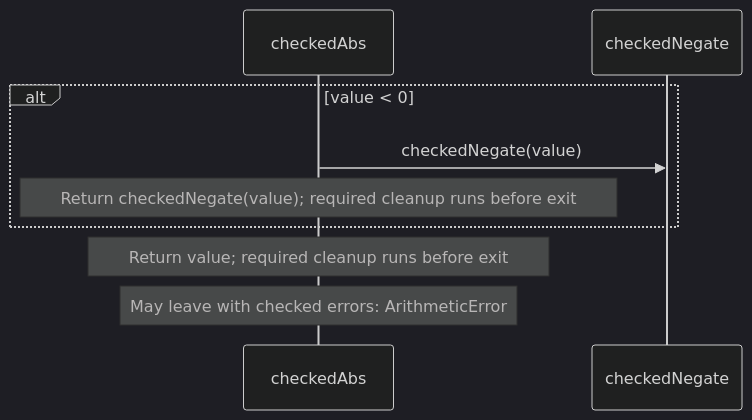
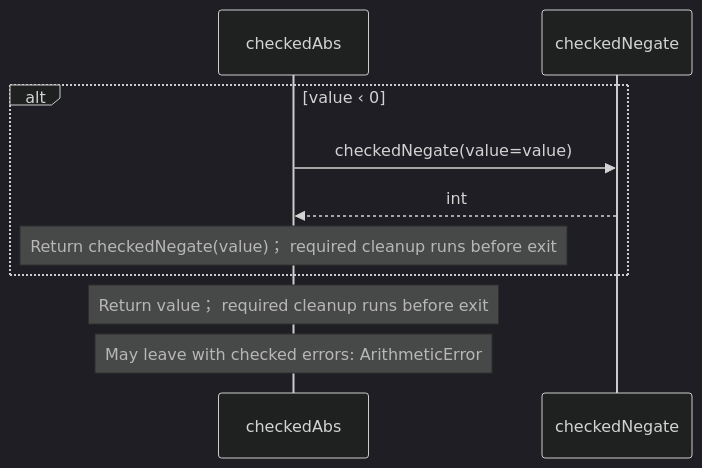
One commit to GreenPandaStudios/augscript changed the seventh of 8 diagrams in src/stdlib/math/integers.aug.diagrams.md. Above: the diagram before and after it, drawn with Mermaid (dark theme). The commit also changed other lines of this file and 524 other files, not shown here.

Commit message:
Explain checked data flow at folder and service levels

````diff
--- a/src/stdlib/math/integers.aug.diagrams.md
+++ b/src/stdlib/math/integers.aug.diagrams.md
@@ -157,11 +154,12 @@
 ```mermaid
 sequenceDiagram
     participant p0 as checkedAbs
     participant p1 as checkedNegate
-    alt value #60; 0
-    p0->>p1: checkedNegate(value)
-    Note over p0: Return checkedNegate(value)#59; required cleanup runs before exit
+    alt value ‹ 0
+    p0->>p1: checkedNegate(value=value)
+    p1-->>p0: int
+    Note over p0: Return checkedNegate(value)； required cleanup runs before exit
     end
-    Note over p0: Return value#59; required cleanup runs before exit
+    Note over p0: Return value； required cleanup runs before exit
     Note over p0: May leave with checked errors: ArithmeticError
 ```
````
